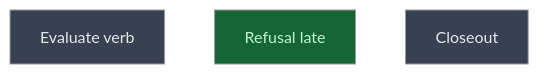
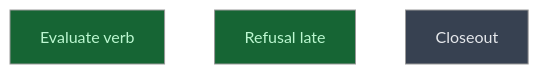
Before and after one commit to CrackingShells/Candler: the diagram in __roadmap__/m3-lean-cli/verbs/surfaces/README.md, drawn with Mermaid (neutral theme). The commit also changed other lines of this file, not shown here.

Commit message:
rdm(evaluation): mark evaluate_verb done

````diff
--- a/__roadmap__/m3-lean-cli/verbs/surfaces/README.md
+++ b/__roadmap__/m3-lean-cli/verbs/surfaces/README.md
@@ -26,11 +26,11 @@
 ```mermaid
 graph TD
-    evaluate_verb[Evaluate verb]:::planned
+    evaluate_verb[Evaluate verb]:::done
     refusal_late[Refusal late]:::done
     closeout[Closeout]:::planned
     classDef done       fill:#166534,color:#bbf7d0
     classDef inprogress fill:#854d0e,color:#fef08a
     classDef planned    fill:#374151,color:#e5e7eb
     classDef amendment  fill:#1e3a5f,color:#bfdbfe
     classDef blocked    fill:#7f1d1d,color:#fecaca
 ```
````
